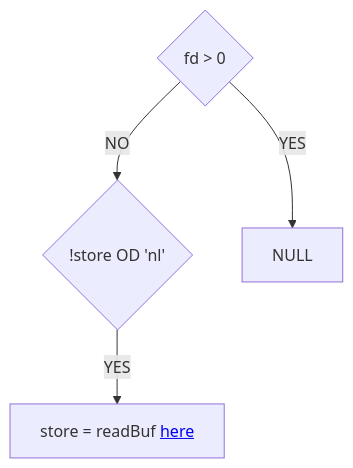
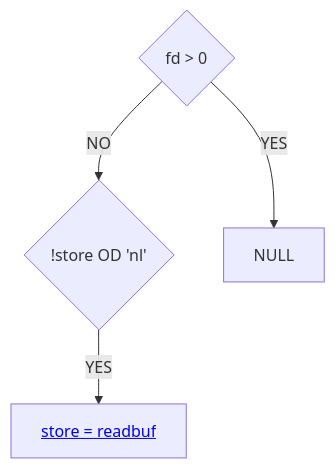
The diagram in doc/flow_chart.mmd (ELREKO/42-P1-get_next_line), drawn with Mermaid before and after one commit.

```diff
--- a/doc/flow_chart.mmd
+++ b/doc/flow_chart.mmd
@@ -1,5 +1,5 @@
 
 graph TD
     A{fd > 0} -->|NO| B{!store OD 'nl'}
     A --> |YES|C[NULL]
-    B --> |YES|D[store = readBuf <a href=readbuf.mmd> here </a> ]
+    B --> |YES|D[<a href=https://github.com/ELREKO/get_next_line/blob/main/doc/readbuf.mmd> store = readbuf </a> ]
```
